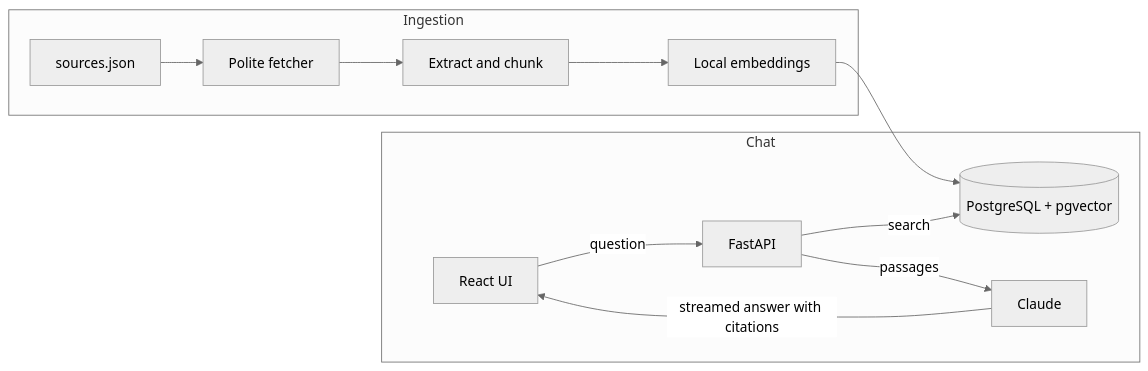
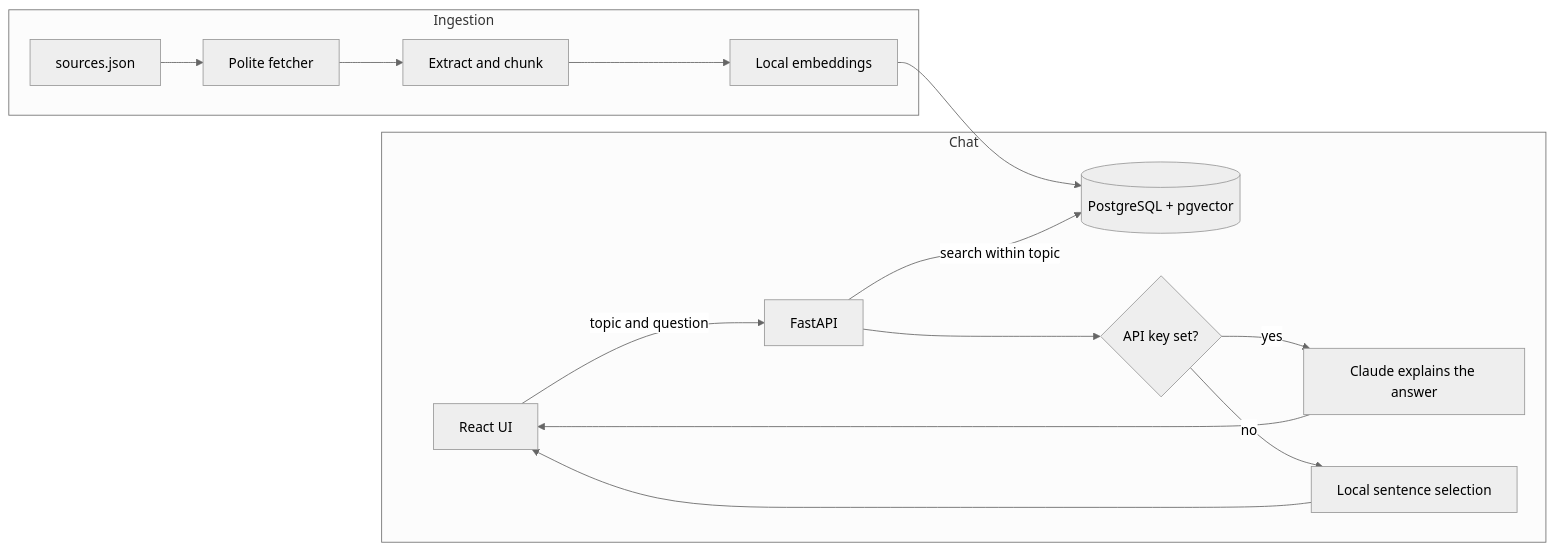
The diagram in README.md (LuisDulo/sheria-rag), drawn with Mermaid (neutral theme) before and after one commit. The commit also changed other lines of this file and 5 other files, not shown here.

````diff
--- a/README.md
+++ b/README.md
@@ -9,15 +9,18 @@
 ```mermaid
 flowchart LR
     subgraph Ingestion
         A[sources.json] --> B[Polite fetcher]
         B --> C[Extract and chunk]
         C --> D[Local embeddings]
     end
     D --> E[(PostgreSQL + pgvector)]
     subgraph Chat
-        F[React UI] -->|question| G[FastAPI]
-        G -->|search| E
-        G -->|passages| H[Claude]
-        H -->|streamed answer with citations| F
+        F[React UI] -->|topic and question| G[FastAPI]
+        G -->|search within topic| E
+        G --> H{API key set?}
+        H -->|yes| I[Claude explains the answer]
+        H -->|no| J[Local sentence selection]
+        I --> F
+        J --> F
     end
 ```
````
